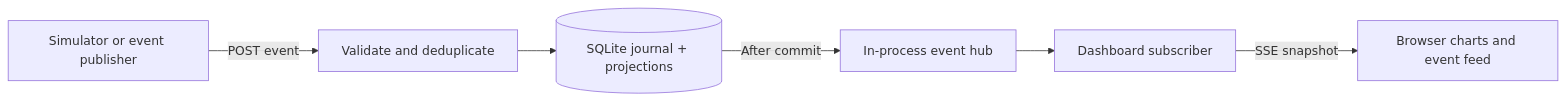
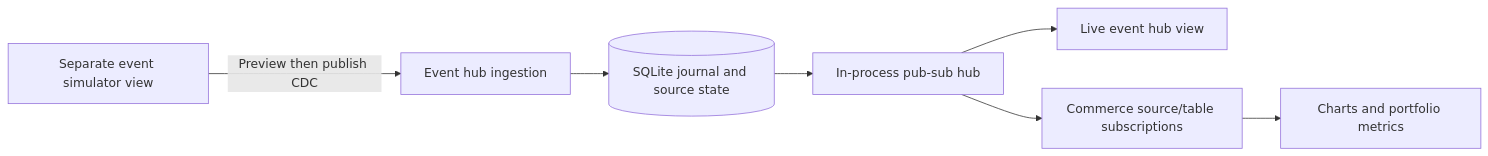
One commit to srilony/TraBot changed the diagram in docs/PROTOTYPE_SCOPE.md. Above: the diagram before and after it, drawn with Mermaid. The commit also changed other lines of this file and 9 other files, not shown here.

Commit message:
Separate CDC event hub, simulator, and source subscriptions

````diff
--- a/docs/PROTOTYPE_SCOPE.md
+++ b/docs/PROTOTYPE_SCOPE.md
@@ -34,8 +29,9 @@
 ```mermaid
 flowchart LR
-  A[Simulator or event publisher] -->|POST event| B[Validate and deduplicate]
-  B --> C[(SQLite journal + projections)]
-  C -->|After commit| D[In-process event hub]
-  D --> E[Dashboard subscriber]
-  E -->|SSE snapshot| F[Browser charts and event feed]
+  A[Separate event simulator view] -->|Preview then publish CDC| B[Event hub ingestion]
+  B --> C[(SQLite journal and source state)]
+  C --> D[In-process pub-sub hub]
+  D --> E[Live event hub view]
+  D --> F[Commerce source/table subscriptions]
+  F --> G[Charts and portfolio metrics]
 ```
````
